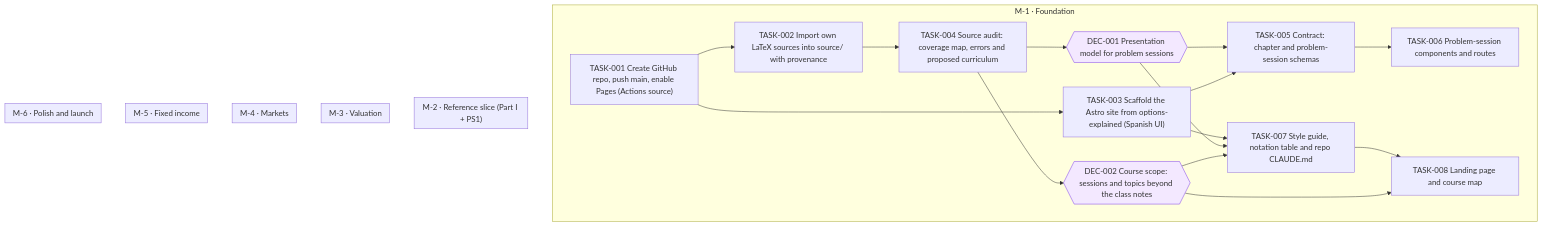
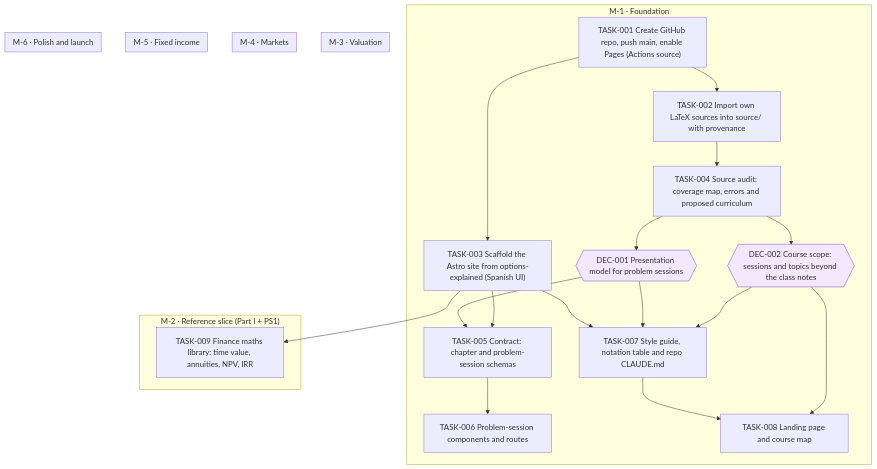
The diagram in goals/course-site/README.md (jesusvillota/economia-financiera), drawn with Mermaid before and after one commit. The commit also changed 1 other file, not shown here.

Commit message:
goal(course-site): add TASK-009 Finance maths library: time value, annuities, NPV, IRR

````diff
--- a/goals/course-site/README.md
+++ b/goals/course-site/README.md
@@ -19,43 +19,45 @@
 ```mermaid
 flowchart TD
   subgraph M_1["M-1 · Foundation"]
     DEC_001{{"DEC-001 Presentation model for problem sessions"}}
     DEC_002{{"DEC-002 Course scope: sessions and topics beyond the class notes"}}
     TASK_001["TASK-001 Create GitHub repo, push main, enable Pages (Actions source)"]
     TASK_002["TASK-002 Import own LaTeX sources into source/ with provenance"]
     TASK_003["TASK-003 Scaffold the Astro site from options-explained (Spanish UI)"]
     TASK_004["TASK-004 Source audit: coverage map, errors and proposed curriculum"]
     TASK_005["TASK-005 Contract: chapter and problem-session schemas"]
     TASK_006["TASK-006 Problem-session components and routes"]
     TASK_007["TASK-007 Style guide, notation table and repo CLAUDE.md"]
     TASK_008["TASK-008 Landing page and course map"]
   end
   subgraph M_2["M-2 · Reference slice (Part I + PS1)"]
+    TASK_009["TASK-009 Finance maths library: time value, annuities, NPV, IRR"]
   end
   subgraph M_3["M-3 · Valuation"]
   end
   subgraph M_4["M-4 · Markets"]
   end
   subgraph M_5["M-5 · Fixed income"]
   end
   subgraph M_6["M-6 · Polish and launch"]
   end
   TASK_004 --> DEC_001
   TASK_004 --> DEC_002
   TASK_001 --> TASK_002
   TASK_001 --> TASK_003
   TASK_002 --> TASK_004
   DEC_001 --> TASK_005
   TASK_003 --> TASK_005
   TASK_005 --> TASK_006
   TASK_003 --> TASK_007
   DEC_001 --> TASK_007
   DEC_002 --> TASK_007
   TASK_007 --> TASK_008
   DEC_002 --> TASK_008
+  TASK_003 --> TASK_009
   classDef draft stroke-dasharray: 4 3
   classDef cancelled opacity:0.45
   classDef decision fill:#f3e8ff,stroke:#7c3aed
   class DEC_001 decision
   class DEC_002 decision
 ```
````
